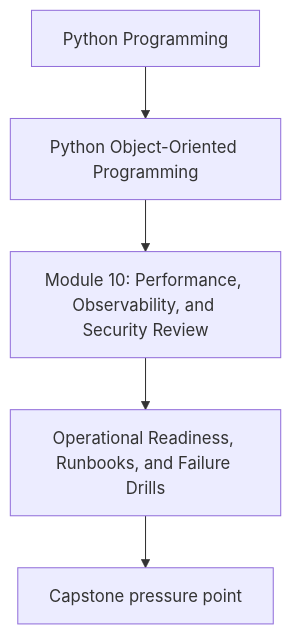
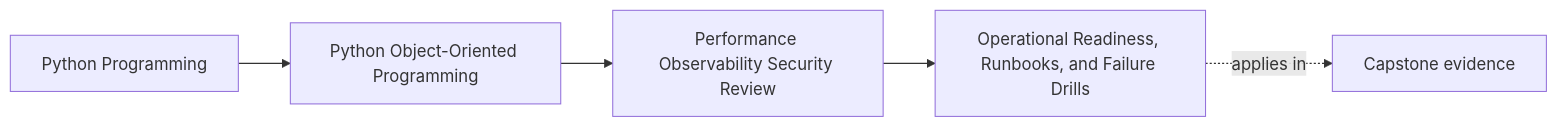
Before and after one commit to bijux/bijux-masterclass: the first of 2 diagrams in programs/python-programming/python-object-oriented-programming/course-book/module-10-performance-observability-security-review/operational-readiness-runbooks-and-failure-drills.md, drawn with Mermaid. The commit also changed other lines of this file and 103 other files, not shown here.

Commit message:
docs(python-object-oriented-programming): map sustainment and capstone surfaces

````diff
--- a/programs/python-programming/python-object-oriented-programming/course-book/module-10-performance-observability-security-review/operational-readiness-runbooks-and-failure-drills.md
+++ b/programs/python-programming/python-object-oriented-programming/course-book/module-10-performance-observability-security-review/operational-readiness-runbooks-and-failure-drills.md
@@ -7,7 +7,11 @@
 ```mermaid
-flowchart TD
-  family["Python Programming"] --> program["Python Object-Oriented Programming"]
-  program --> module["Module 10: Performance, Observability, and Security Review"]
-  module --> concept["Operational Readiness, Runbooks, and Failure Drills"]
-  concept --> capstone["Capstone pressure point"]
+graph LR
+  family["Python Programming"]
+  program["Python Object-Oriented Programming"]
+  section["Performance Observability Security Review"]
+  page["Operational Readiness, Runbooks, and Failure Drills"]
+  capstone["Capstone evidence"]
+
+  family --> program --> section --> page
+  page -.applies in.-> capstone
 ```
````
